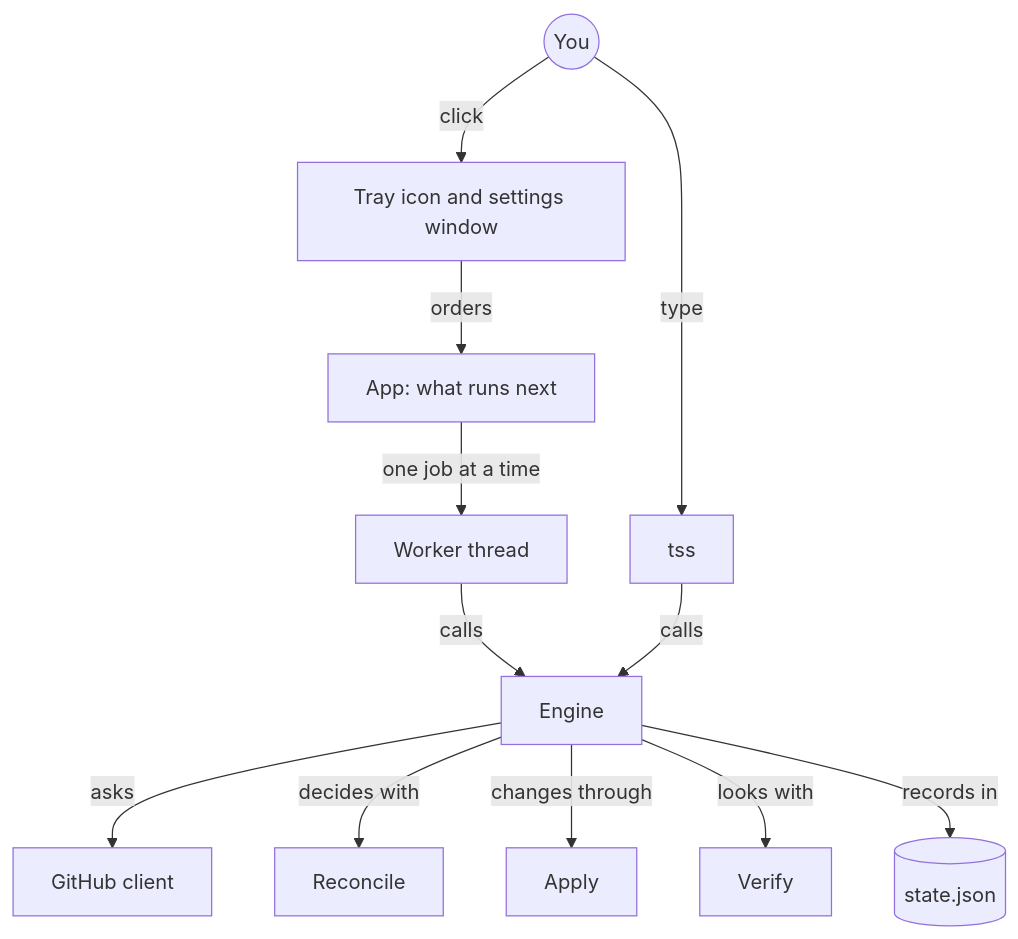
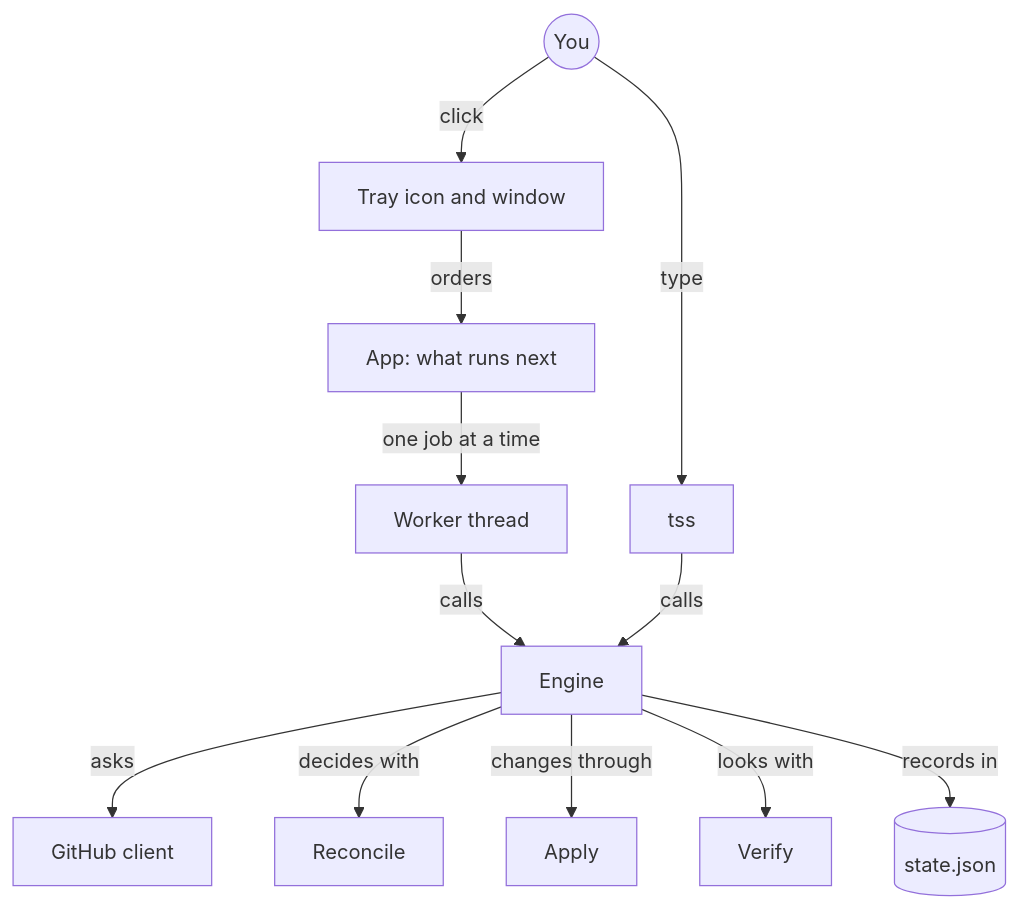
One commit to AngelosP/tiny-skill-sync changed the first of 6 diagrams in ARCHITECTURE.md. Above: the diagram before and after it, drawn with Mermaid. The commit also changed other lines of this file and 33 other files, not shown here.

````diff
--- a/ARCHITECTURE.md
+++ b/ARCHITECTURE.md
@@ -16,14 +16,14 @@
 ```mermaid
 flowchart TD
-    You((You)) -->|click| Tray[Tray icon and settings window]
+    You((You)) -->|click| Tray[Tray icon and window]
     You -->|type| Tss[tss]
     Tray -->|orders| App[App: what runs next]
     App -->|one job at a time| Worker[Worker thread]
     Worker -->|calls| Engine
     Tss -->|calls| Engine
     Engine -->|asks| GitHub[GitHub client]
     Engine -->|decides with| Reconcile
     Engine -->|changes through| Apply
     Engine -->|looks with| Verify
     Engine -->|records in| State[(state.json)]
 ```
````
